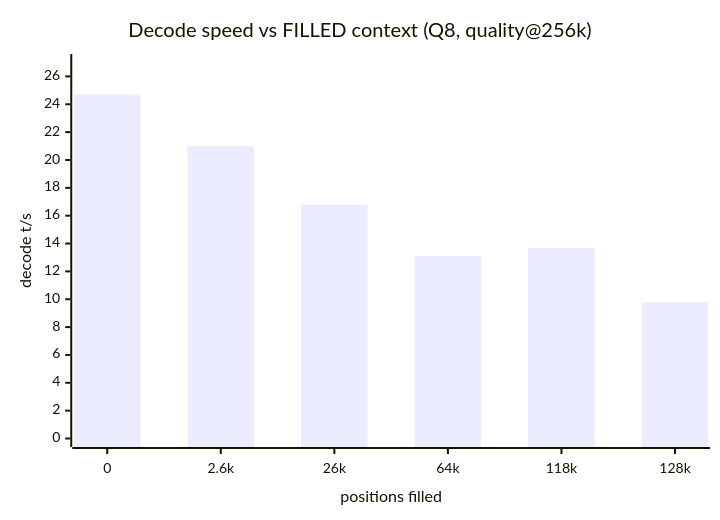
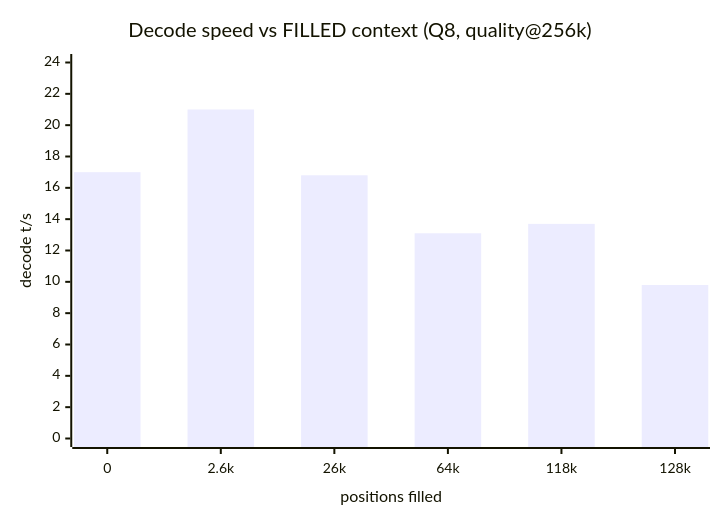
One commit to PieBru/Qwen-3.8-27B_Strix-Halo_gfx1151 changed the second of 3 diagrams in README.md. Above: the diagram before and after it, drawn with Mermaid. The commit also changed other lines of this file and 1 other file, not shown here.

First line of the commit message:
fix: headline decode speeds corrected to committed evidence (adversarial audit)

````diff
--- a/README.md
+++ b/README.md
@@ -249,7 +251,7 @@
 ```mermaid
 xychart-beta
     title "Decode speed vs FILLED context (Q8, quality@256k)"
     x-axis "positions filled" ["0", "2.6k", "26k", "64k", "118k", "128k"]
-    y-axis "decode t/s" 0 --> 27
-    bar [24.7, 21, 16.8, 13.1, 13.7, 9.8]
+    y-axis "decode t/s" 0 --> 24
+    bar [17, 21, 16.8, 13.1, 13.7, 9.8]
 ```
````
